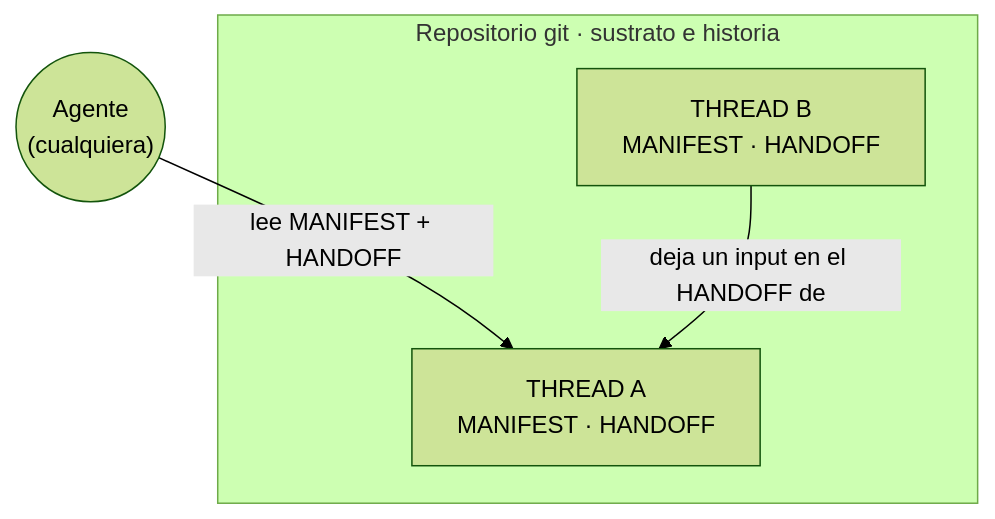
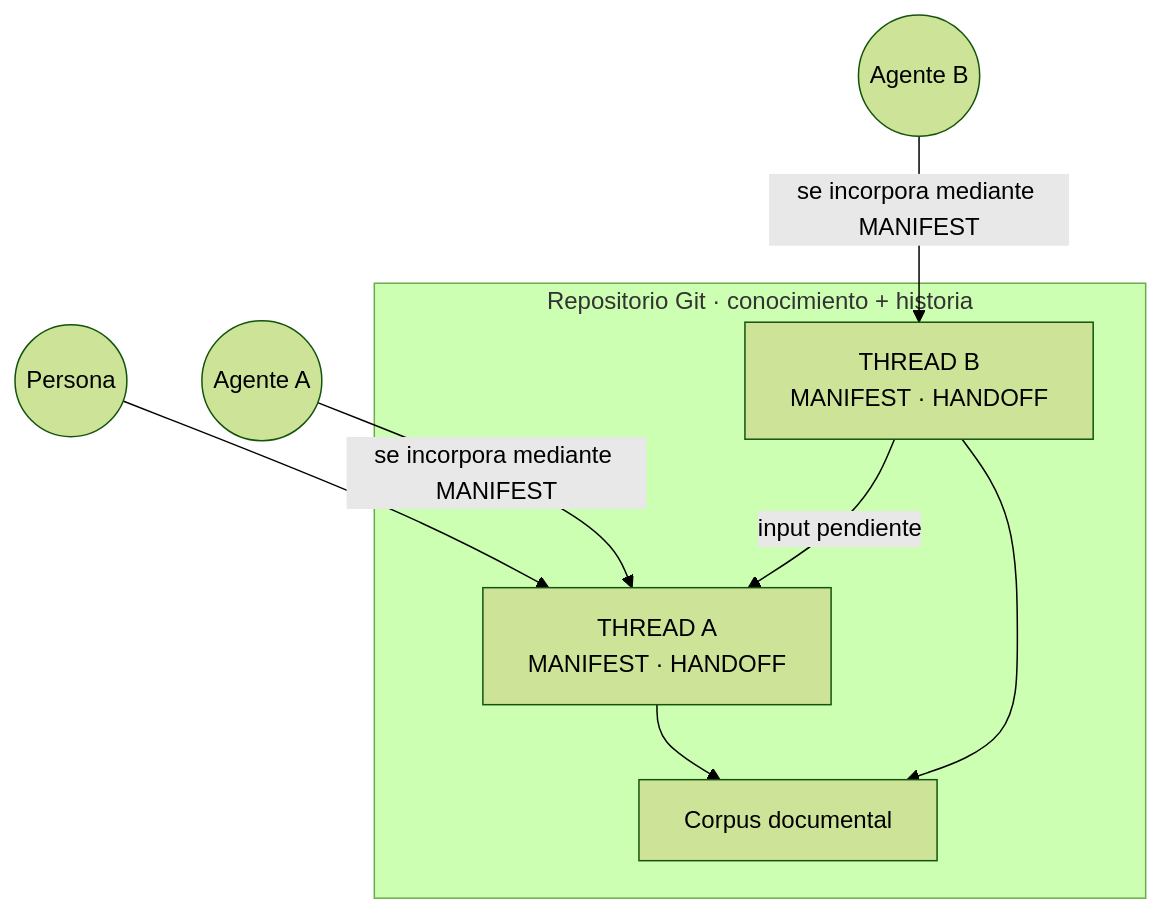
One commit to gineslm/warp changed the diagram in README.md. Above: the diagram before and after it, drawn with Mermaid (forest theme). The commit also changed other lines of this file, not shown here.

````diff
--- a/README.md
+++ b/README.md
@@ -36,10 +95,19 @@
 ```mermaid
 flowchart TB
-  agent(("Agente<br/>(cualquiera)"))
-  subgraph git["Repositorio git · sustrato e historia"]
-    A["THREAD A<br/>MANIFEST · HANDOFF"]
-    B["THREAD B<br/>MANIFEST · HANDOFF"]
+  human(("Persona"))
+  agent1(("Agente A"))
+  agent2(("Agente B"))
+
+  subgraph repo["Repositorio Git · conocimiento + historia"]
+    TA["THREAD A<br/>MANIFEST · HANDOFF"]
+    TB["THREAD B<br/>MANIFEST · HANDOFF"]
+    DOCS["Corpus documental"]
   end
-  agent -->|"lee MANIFEST + HANDOFF"| A
-  B -->|"deja un input en el HANDOFF de"| A
+
+  human --> TA
+  agent1 -->|"se incorpora mediante MANIFEST"| TA
+  agent2 -->|"se incorpora mediante MANIFEST"| TB
+  TB -->|"input pendiente"| TA
+  TA --> DOCS
+  TB --> DOCS
 ```
````
